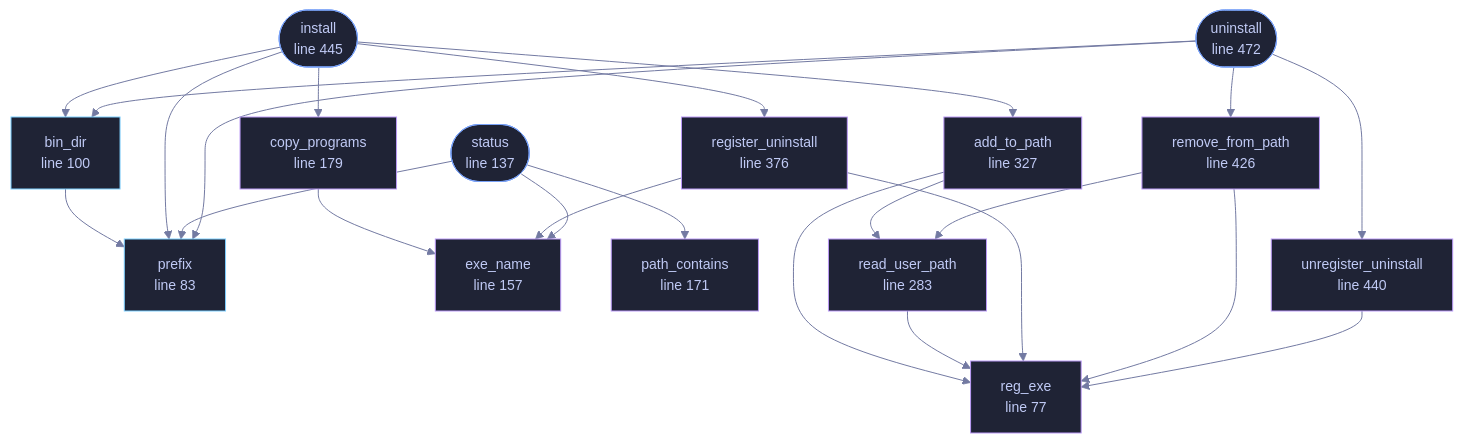
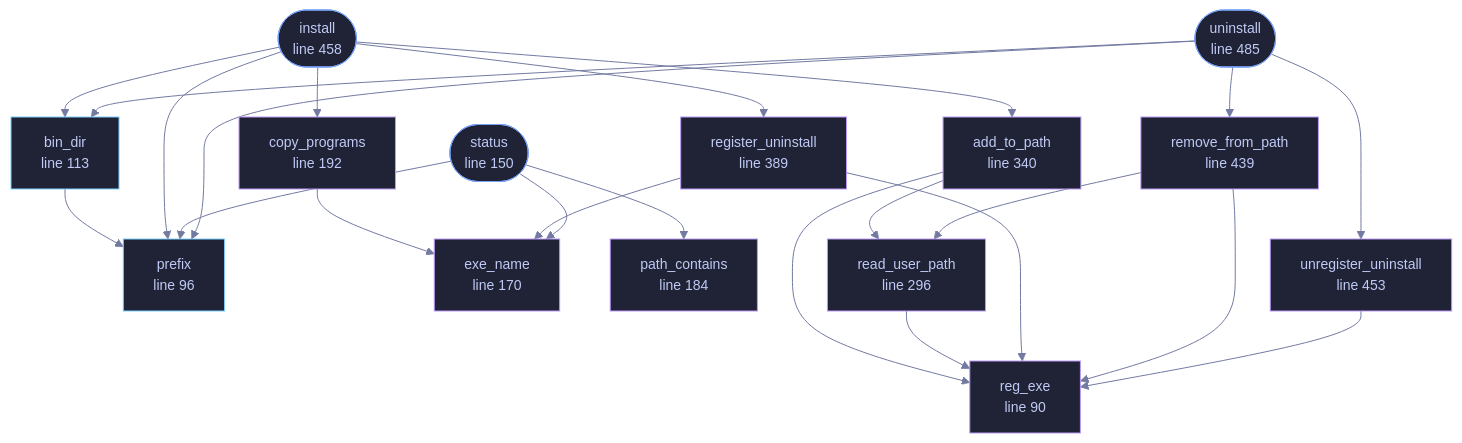
One commit to tilas01/veilvoice changed the diagram in docs/files/veilvoice-setup/install.md. Above: the diagram before and after it, drawn with Mermaid. The commit also changed other lines of this file and 487 other files, not shown here.

````diff
--- a/docs/files/veilvoice-setup/install.md
+++ b/docs/files/veilvoice-setup/install.md
@@ -117,68 +131,68 @@
 ```mermaid
 %%{init: {"theme":"base","themeVariables":{"background":"#1a1b26","primaryColor":"#1f2335","primaryTextColor":"#c0caf5","primaryBorderColor":"#7aa2f7","secondaryColor":"#16161e","tertiaryColor":"#16161e","lineColor":"#737aa2","textColor":"#c0caf5","mainBkg":"#1f2335","nodeBorder":"#7aa2f7","clusterBkg":"#16161e","clusterBorder":"#2f3549","fontFamily":"ui-monospace, SFMono-Regular, Consolas, monospace","fontSize":"14px"}}}%%
 flowchart TD
-    n_reg_exe["reg_exe<br/>line 77"]
-    n_prefix["prefix<br/>line 83"]
-    n_bin_dir["bin_dir<br/>line 100"]
-    n_status(["status<br/>line 137"])
-    n_exe_name["exe_name<br/>line 157"]
-    n_path_contains["path_contains<br/>line 171"]
-    n_copy_programs["copy_programs<br/>line 179"]
-    n_add_to_path["add_to_path<br/>line 221"]
-    n_read_user_path["read_user_path<br/>line 283"]
-    n_add_to_path["add_to_path<br/>line 327"]
-    n_register_uninstall["register_uninstall<br/>line 337"]
-    n_register_uninstall["register_uninstall<br/>line 376"]
-    n_remove_from_path["remove_from_path<br/>line 381"]
-    n_remove_from_path["remove_from_path<br/>line 426"]
-    n_unregister_uninstall["unregister_uninstall<br/>line 431"]
-    n_unregister_uninstall["unregister_uninstall<br/>line 440"]
-    n_install(["install<br/>line 445"])
-    n_uninstall(["uninstall<br/>line 472"])
+    n_reg_exe["reg_exe<br/>line 90"]
+    n_prefix["prefix<br/>line 96"]
+    n_bin_dir["bin_dir<br/>line 113"]
+    n_status(["status<br/>line 150"])
+    n_exe_name["exe_name<br/>line 170"]
+    n_path_contains["path_contains<br/>line 184"]
+    n_copy_programs["copy_programs<br/>line 192"]
+    n_add_to_path["add_to_path<br/>line 234"]
+    n_read_user_path["read_user_path<br/>line 296"]
+    n_add_to_path["add_to_path<br/>line 340"]
+    n_register_uninstall["register_uninstall<br/>line 350"]
+    n_register_uninstall["register_uninstall<br/>line 389"]
+    n_remove_from_path["remove_from_path<br/>line 394"]
+    n_remove_from_path["remove_from_path<br/>line 439"]
+    n_unregister_uninstall["unregister_uninstall<br/>line 444"]
+    n_unregister_uninstall["unregister_uninstall<br/>line 453"]
+    n_install(["install<br/>line 458"])
+    n_uninstall(["uninstall<br/>line 485"])
     n_add_to_path --> n_read_user_path
     n_add_to_path --> n_reg_exe
     n_bin_dir --> n_prefix
     n_copy_programs --> n_exe_name
     n_install --> n_add_to_path
     n_install --> n_bin_dir
     n_install --> n_copy_programs
     n_install --> n_prefix
     n_install --> n_register_uninstall
     n_read_user_path --> n_reg_exe
     n_register_uninstall --> n_exe_name
     n_register_uninstall --> n_reg_exe
     n_remove_from_path --> n_read_user_path
     n_remove_from_path --> n_reg_exe
     n_status --> n_exe_name
     n_status --> n_path_contains
     n_status --> n_prefix
     n_uninstall --> n_bin_dir
     n_uninstall --> n_prefix
     n_uninstall --> n_remove_from_path
     n_uninstall --> n_unregister_uninstall
     n_unregister_uninstall --> n_reg_exe
-    click n_reg_exe href "https://github.com/tilas01/veilvoice/blob/main/crates/veilvoice-setup/src/install.rs#L77" "open the source"
-    click n_prefix href "https://github.com/tilas01/veilvoice/blob/main/crates/veilvoice-setup/src/install.rs#L83" "open the source"
-    click n_bin_dir href "https://github.com/tilas01/veilvoice/blob/main/crates/veilvoice-setup/src/install.rs#L100" "open the source"
-    click n_status href "https://github.com/tilas01/veilvoice/blob/main/crates/veilvoice-setup/src/install.rs#L137" "open the source"
-    click n_exe_name href "https://github.com/tilas01/veilvoice/blob/main/crates/veilvoice-setup/src/install.rs#L157" "open the source"
-    click n_path_contains href "https://github.com/tilas01/veilvoice/blob/main/crates/veilvoice-setup/src/install.rs#L171" "open the source"
-    click n_copy_programs href "https://github.com/tilas01/veilvoice/blob/main/crates/veilvoice-setup/src/install.rs#L179" "open the source"
-    click n_add_to_path href "https://github.com/tilas01/veilvoice/blob/main/crates/veilvoice-setup/src/install.rs#L221" "open the source"
-    click n_read_user_path href "https://github.com/tilas01/veilvoice/blob/main/crates/veilvoice-setup/src/install.rs#L283" "open the source"
-    click n_add_to_path href "https://github.com/tilas01/veilvoice/blob/main/crates/veilvoice-setup/src/install.rs#L327" "open the source"
-    click n_register_uninstall href "https://github.com/tilas01/veilvoice/blob/main/crates/veilvoice-setup/src/install.rs#L337" "open the source"
-    click n_register_uninstall href "https://github.com/tilas01/veilvoice/blob/main/crates/veilvoice-setup/src/install.rs#L376" "open the source"
-    click n_remove_from_path href "https://github.com/tilas01/veilvoice/blob/main/crates/veilvoice-setup/src/install.rs#L381" "open the source"
-    click n_remove_from_path href "https://github.com/tilas01/veilvoice/blob/main/crates/veilvoice-setup/src/install.rs#L426" "open the source"
-    click n_unregister_uninstall href "https://github.com/tilas01/veilvoice/blob/main/crates/veilvoice-setup/src/install.rs#L431" "open the source"
-    click n_unregister_uninstall href "https://github.com/tilas01/veilvoice/blob/main/crates/veilvoice-setup/src/install.rs#L440" "open the source"
-    click n_install href "https://github.com/tilas01/veilvoice/blob/main/crates/veilvoice-setup/src/install.rs#L445" "open the source"
-    click n_uninstall href "https://github.com/tilas01/veilvoice/blob/main/crates/veilvoice-setup/src/install.rs#L472" "open the source"
+    click n_reg_exe href "https://github.com/tilas01/veilvoice/blob/main/crates/veilvoice-setup/src/install.rs#L90" "open the source"
+    click n_prefix href "https://github.com/tilas01/veilvoice/blob/main/crates/veilvoice-setup/src/install.rs#L96" "open the source"
+    click n_bin_dir href "https://github.com/tilas01/veilvoice/blob/main/crates/veilvoice-setup/src/install.rs#L113" "open the source"
+    click n_status href "https://github.com/tilas01/veilvoice/blob/main/crates/veilvoice-setup/src/install.rs#L150" "open the source"
+    click n_exe_name href "https://github.com/tilas01/veilvoice/blob/main/crates/veilvoice-setup/src/install.rs#L170" "open the source"
+    click n_path_contains href "https://github.com/tilas01/veilvoice/blob/main/crates/veilvoice-setup/src/install.rs#L184" "open the source"
+    click n_copy_programs href "https://github.com/tilas01/veilvoice/blob/main/crates/veilvoice-setup/src/install.rs#L192" "open the source"
+    click n_add_to_path href "https://github.com/tilas01/veilvoice/blob/main/crates/veilvoice-setup/src/install.rs#L234" "open the source"
+    click n_read_user_path href "https://github.com/tilas01/veilvoice/blob/main/crates/veilvoice-setup/src/install.rs#L296" "open the source"
+    click n_add_to_path href "https://github.com/tilas01/veilvoice/blob/main/crates/veilvoice-setup/src/install.rs#L340" "open the source"
+    click n_register_uninstall href "https://github.com/tilas01/veilvoice/blob/main/crates/veilvoice-setup/src/install.rs#L350" "open the source"
+    click n_register_uninstall href "https://github.com/tilas01/veilvoice/blob/main/crates/veilvoice-setup/src/install.rs#L389" "open the source"
+    click n_remove_from_path href "https://github.com/tilas01/veilvoice/blob/main/crates/veilvoice-setup/src/install.rs#L394" "open the source"
+    click n_remove_from_path href "https://github.com/tilas01/veilvoice/blob/main/crates/veilvoice-setup/src/install.rs#L439" "open the source"
+    click n_unregister_uninstall href "https://github.com/tilas01/veilvoice/blob/main/crates/veilvoice-setup/src/install.rs#L444" "open the source"
+    click n_unregister_uninstall href "https://github.com/tilas01/veilvoice/blob/main/crates/veilvoice-setup/src/install.rs#L453" "open the source"
+    click n_install href "https://github.com/tilas01/veilvoice/blob/main/crates/veilvoice-setup/src/install.rs#L458" "open the source"
+    click n_uninstall href "https://github.com/tilas01/veilvoice/blob/main/crates/veilvoice-setup/src/install.rs#L485" "open the source"
     classDef entry fill:#1f2335,stroke:#7aa2f7,color:#c0caf5
     class n_status,n_install,n_uninstall entry
     classDef api fill:#1f2335,stroke:#7dcfff,color:#c0caf5
     class n_prefix,n_bin_dir api
     classDef helper fill:#1f2335,stroke:#bb9af7,color:#c0caf5
     class n_reg_exe,n_exe_name,n_path_contains,n_copy_programs,n_add_to_path,n_read_user_path,n_add_to_path,n_register_uninstall,n_register_uninstall,n_remove_from_path,n_remove_from_path,n_unregister_uninstall,n_unregister_uninstall helper
 ```
````
